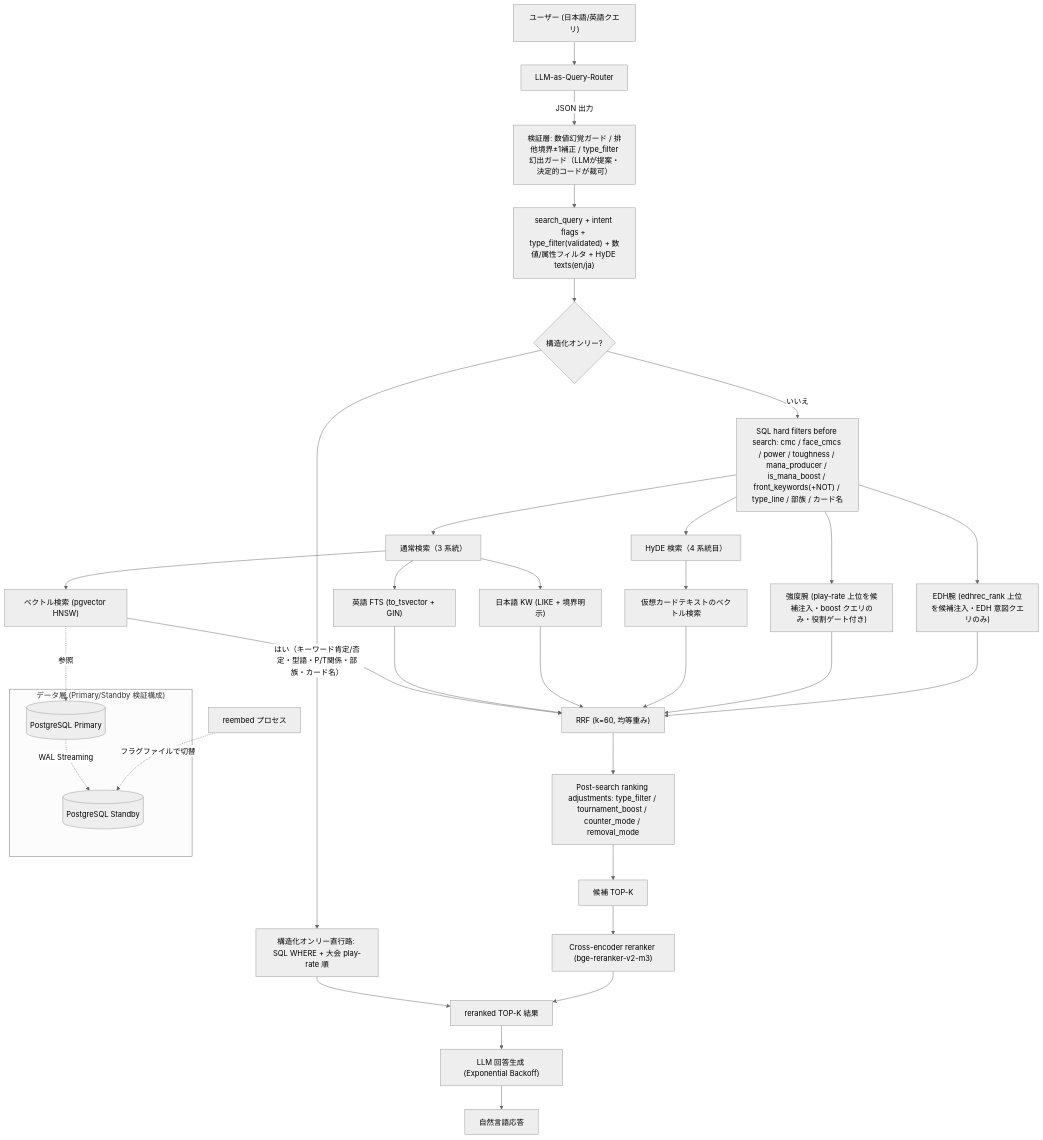
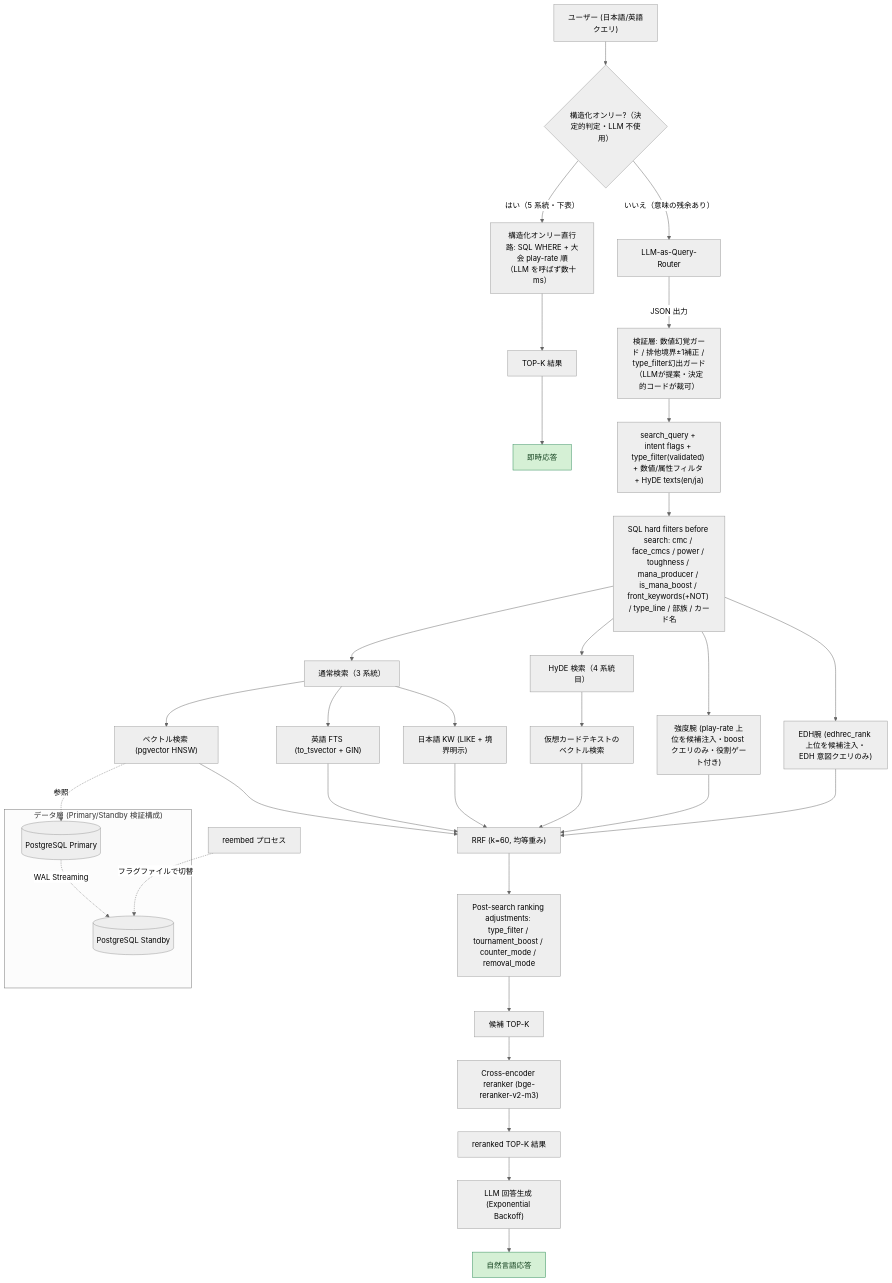
One commit to Sakaihashizo/mtg-rag changed the first of 2 diagrams in ARCHITECTURE.md. Above: the diagram before and after it, drawn with Mermaid (neutral theme). The commit also changed other lines of this file and 3 other files, not shown here.

First line of the commit message:
docs: sync flow diagram with implementation, AWS cost breakdown, plain-language sweep

````diff
--- a/ARCHITECTURE.md
+++ b/ARCHITECTURE.md
@@ -13,38 +13,43 @@
 ```mermaid
+%%{init: {"flowchart": {"wrappingWidth": 160}}}%%
 flowchart TB
-    User["ユーザー (日本語/英語クエリ)"] --> Router["LLM-as-Query-Router"]
+    User["ユーザー (日本語/英語クエリ)"] --> Gate{"構造化オンリー?（決定的判定・LLM 不使用）"}
+    Gate -->|"はい（5 系統・下表）"| Direct["構造化オンリー直行路: SQL WHERE + 大会 play-rate 順（LLM を呼ばず数十 ms）"]
+    Direct --> DirectOut["TOP-K 結果"]
+    DirectOut --> DirectResp["即時応答"]
+    Gate -->|"いいえ（意味の残余あり）"| Router["LLM-as-Query-Router"]
     Router -->|JSON 出力| Validate["検証層: 数値幻覚ガード / 排他境界±1補正 / type_filter幻出ガード（LLMが提案・決定的コードが裁可）"]
     Validate --> Parsed["search_query + intent flags + type_filter(validated) + 数値/属性フィルタ + HyDE texts(en/ja)"]
-    Parsed --> Gate{"構造化オンリー?"}
-    Gate -->|"はい（キーワード肯定/否定・型語・P/T関係・部族・カード名）"| Direct["構造化オンリー直行路: SQL WHERE + 大会 play-rate 順"]
-    Direct --> TopK
-    Gate -->|"いいえ"| Hard["SQL hard filters before search: cmc / face_cmcs / power / toughness / mana_producer / is_mana_boost / front_keywords(+NOT) / type_line / 部族 / カード名"]
+    Parsed --> Hard["SQL hard filters before search: cmc / face_cmcs / power / toughness / mana_producer / is_mana_boost / front_keywords(+NOT) / type_line / 部族 / カード名"]
     Hard --> Search3["通常検索（3 系統）"]
     Hard --> HyDESearch["HyDE 検索（4 系統目）"]
     Search3 --> Vector["ベクトル検索 (pgvector HNSW)"]
     Search3 --> FTSEN["英語 FTS (to_tsvector + GIN)"]
     Search3 --> FTSJA["日本語 KW (LIKE + 境界明示)"]
     HyDESearch --> VectorHyDE["仮想カードテキストのベクトル検索"]
     Hard --> Strength["強度腕 (play-rate 上位を候補注入・boost クエリのみ・役割ゲート付き)"]
     Hard --> EDHArm["EDH腕 (edhrec_rank 上位を候補注入・EDH 意図クエリのみ)"]
     Vector --> RRF["RRF (k=60, 均等重み)"]
     FTSEN --> RRF
     FTSJA --> RRF
     VectorHyDE --> RRF
     Strength --> RRF
     EDHArm --> RRF
     RRF --> Soft["Post-search ranking adjustments: type_filter / tournament_boost / counter_mode / removal_mode"]
-    Soft --> CandidateTopK[候補 TOP-K]
+    Soft --> CandidateTopK["候補 TOP-K"]
     CandidateTopK --> Reranker["Cross-encoder reranker (bge-reranker-v2-m3)"]
     Reranker --> TopK[reranked TOP-K 結果]
     TopK --> LLM["LLM 回答生成 (Exponential Backoff)"]
-    LLM --> Response[自然言語応答]
+    LLM --> Response["自然言語応答"]
 
     subgraph "データ層 (Primary/Standby 検証構成)"
         Primary[("PostgreSQL Primary")]
         Standby[("PostgreSQL Standby")]
         Primary -. WAL Streaming .-> Standby
     end
     Vector -. 参照 .-> Primary
-    Reembed[reembed プロセス] -. フラグファイルで切替 .-> Standby
+    Reembed["reembed プロセス"] -. フラグファイルで切替 .-> Standby
+
+    classDef resp fill:#d5f0d5,stroke:#2e8b57,color:#14421f
+    class DirectResp,Response resp
 ```
````
